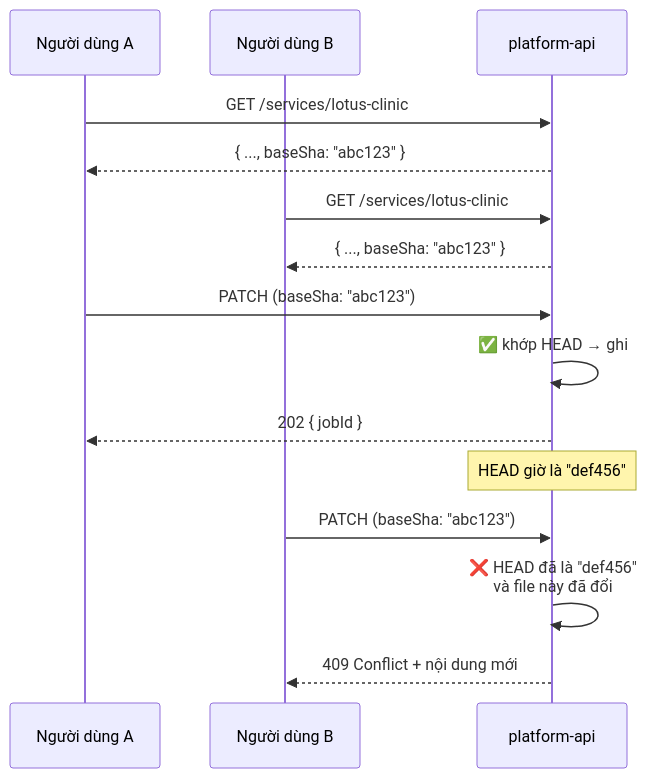
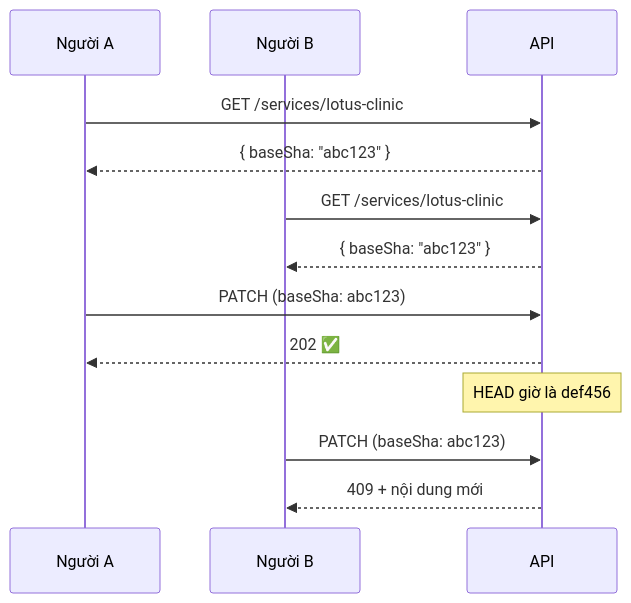
One commit to hunho247/HNQ-Infra changed the third of 4 diagrams in docs/PLATFORM_API_PLAN.md. Above: the diagram before and after it, drawn with Mermaid. The commit also changed other lines of this file and 3 other files, not shown here.

````diff
--- a/docs/PLATFORM_API_PLAN.md
+++ b/docs/PLATFORM_API_PLAN.md
@@ -280,21 +242,18 @@
 ```mermaid
 sequenceDiagram
-  participant A as Người dùng A
-  participant B as Người dùng B
-  participant S as platform-api
+  participant A as Người A
+  participant B as Người B
+  participant S as API
 
   A->>S: GET /services/lotus-clinic
-  S-->>A: { ..., baseSha: "abc123" }
+  S-->>A: { baseSha: "abc123" }
+  B->>S: GET /services/lotus-clinic
+  S-->>B: { baseSha: "abc123" }
 
-  B->>S: GET /services/lotus-clinic
-  S-->>B: { ..., baseSha: "abc123" }
+  A->>S: PATCH (baseSha: abc123)
+  S-->>A: 202 ✅
+  Note over S: HEAD giờ là def456
 
-  A->>S: PATCH (baseSha: "abc123")
-  S->>S: ✅ khớp HEAD → ghi
-  S-->>A: 202 { jobId }
-  Note over S: HEAD giờ là "def456"
-
-  B->>S: PATCH (baseSha: "abc123")
-  S->>S: ❌ HEAD đã là "def456"<br/>và file này đã đổi
-  S-->>B: 409 Conflict + nội dung mới
+  B->>S: PATCH (baseSha: abc123)
+  S-->>B: 409 + nội dung mới
 ```
````
